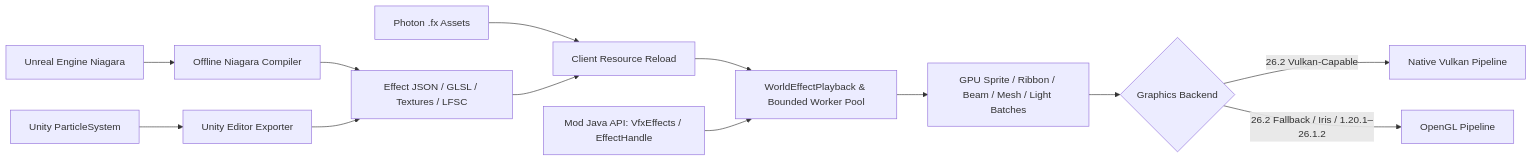
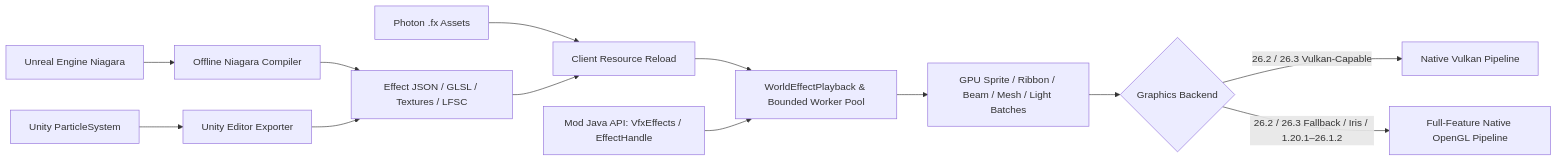
One commit to kltyton/LumenFX changed the diagram in docs/wiki/Home.md. Above: the diagram before and after it, drawn with Mermaid. The commit also changed other lines of this file and 129 other files, not shown here.

Commit message:
Release 0.3.0: Minecraft 26.3 support, lossless shader packing, multithreaded optimization, and full native OpenGL parity

````diff
--- a/docs/wiki/Home.md
+++ b/docs/wiki/Home.md
@@ -15,15 +15,15 @@
 ```mermaid
 flowchart LR
     UE[Unreal Engine Niagara] --> C[Offline Niagara Compiler]
     U[Unity ParticleSystem] --> E[Unity Editor Exporter]
     P[Photon .fx Assets] --> L[Client Resource Reload]
     C --> R[Effect JSON / GLSL / Textures / LFSC]
     E --> R
     R --> L
     L --> S[WorldEffectPlayback & Bounded Worker Pool]
     API[Mod Java API: VfxEffects / EffectHandle] --> S
     S --> G[GPU Sprite / Ribbon / Beam / Mesh / Light Batches]
     G --> B{Graphics Backend}
-    B -->|26.2 Vulkan-Capable| VK[Native Vulkan Pipeline]
-    B -->|26.2 Fallback / Iris / 1.20.1–26.1.2| GL[OpenGL Pipeline]
+    B -->|26.2 / 26.3 Vulkan-Capable| VK[Native Vulkan Pipeline]
+    B -->|26.2 / 26.3 Fallback / Iris / 1.20.1–26.1.2| GL[Full-Feature Native OpenGL Pipeline]
 ```
````
